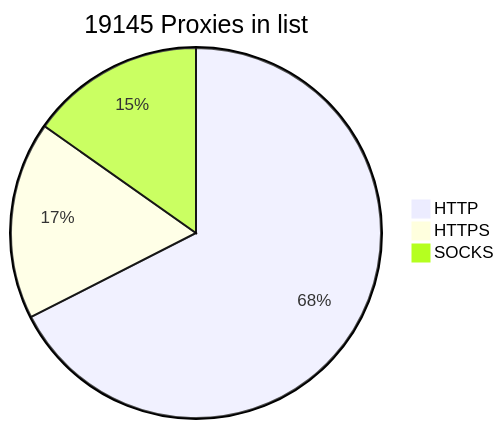
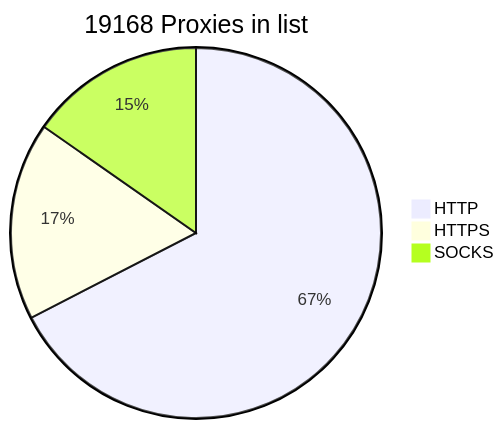
The diagram in README.md (BlackSnowDot/proxylist-update-every-minute), drawn with Mermaid before and after one commit.

````diff
--- a/README.md
+++ b/README.md
@@ -2,6 +2,6 @@
 ```mermaid
-pie title 19145 Proxies in list
-    "HTTP" : 14237
-    "HTTPS": 3643
-    "SOCKS" : 3210
+pie title 19168 Proxies in list
+    "HTTP" : 14241
+    "HTTPS": 3648
+    "SOCKS" : 3230
 ```
````
